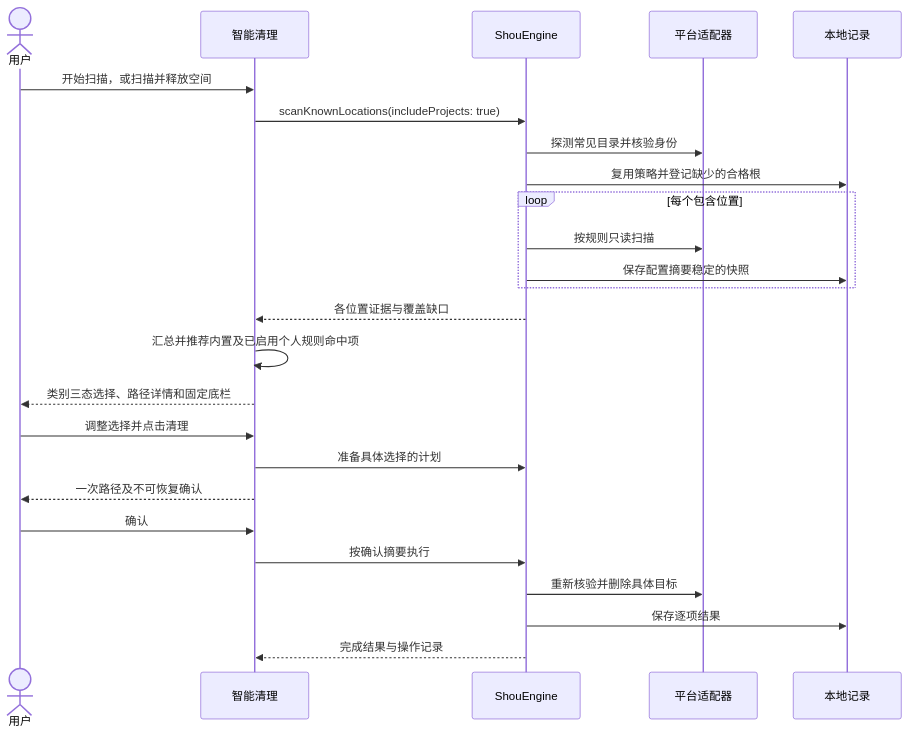
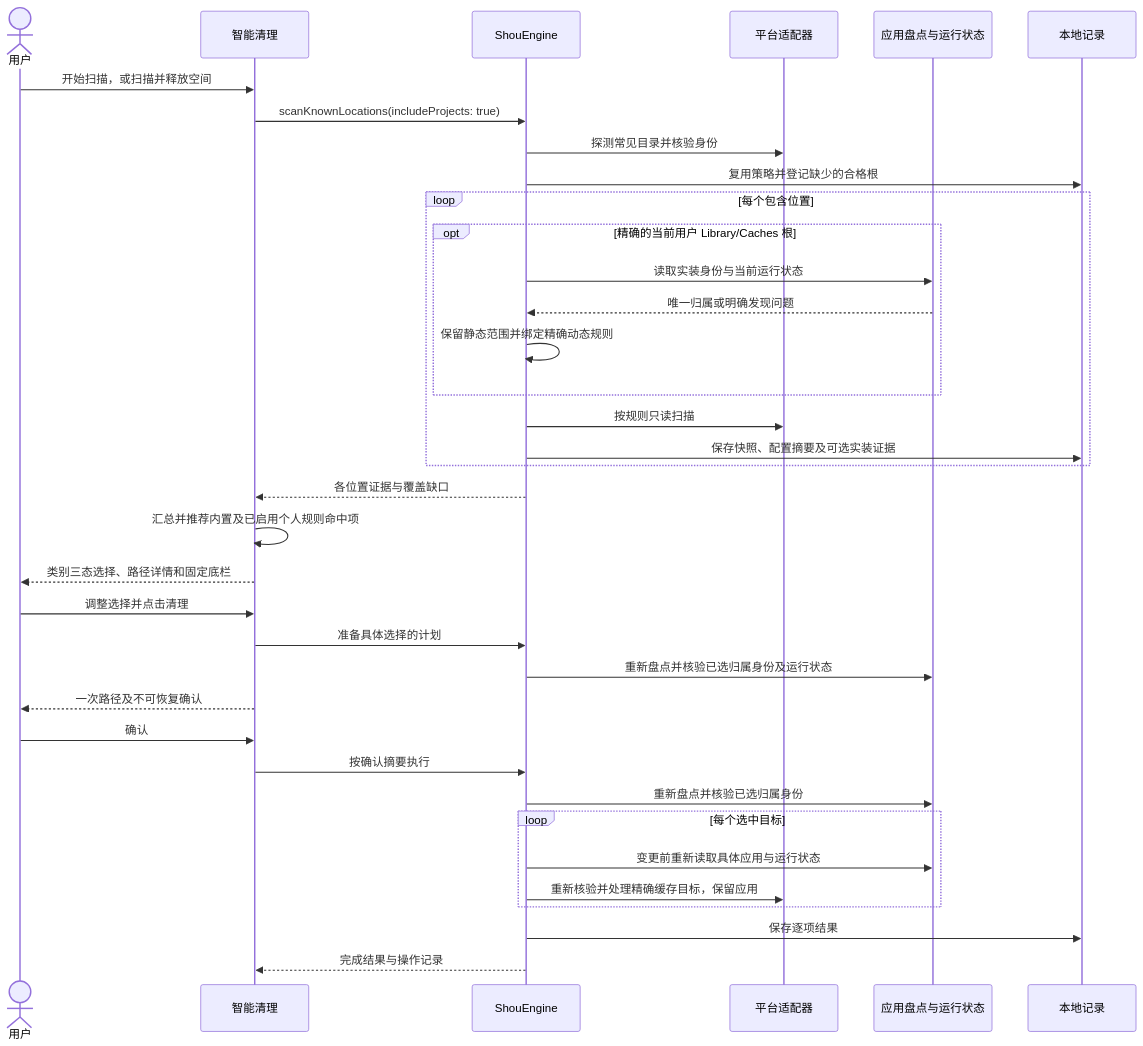
Before and after one commit to limecloud/shou: the third of 3 diagrams in docs/zh-CN/product/unified-cleanup.md, drawn with Mermaid. The commit also changed other lines of this file and 18 other files, not shown here.

````diff
--- a/docs/zh-CN/product/unified-cleanup.md
+++ b/docs/zh-CN/product/unified-cleanup.md
@@ -70,27 +85,38 @@
 ```mermaid
 sequenceDiagram
   actor User as 用户
   participant UI as 智能清理
   participant Engine as ShouEngine
   participant FS as 平台适配器
+  participant Apps as 应用盘点与运行状态
   participant Store as 本地记录
   User->>UI: 开始扫描，或扫描并释放空间
   UI->>Engine: scanKnownLocations(includeProjects: true)
   Engine->>FS: 探测常见目录并核验身份
   Engine->>Store: 复用策略并登记缺少的合格根
   loop 每个包含位置
+    opt 精确的当前用户 Library/Caches 根
+      Engine->>Apps: 读取实装身份与当前运行状态
+      Apps-->>Engine: 唯一归属或明确发现问题
+      Engine->>Engine: 保留静态范围并绑定精确动态规则
+    end
     Engine->>FS: 按规则只读扫描
-    Engine->>Store: 保存配置摘要稳定的快照
+    Engine->>Store: 保存快照、配置摘要及可选实装证据
   end
   Engine-->>UI: 各位置证据与覆盖缺口
   UI->>UI: 汇总并推荐内置及已启用个人规则命中项
   UI-->>User: 类别三态选择、路径详情和固定底栏
   User->>UI: 调整选择并点击清理
   UI->>Engine: 准备具体选择的计划
+  Engine->>Apps: 重新盘点并核验已选归属身份及运行状态
   UI-->>User: 一次路径及不可恢复确认
   User->>UI: 确认
   UI->>Engine: 按确认摘要执行
-  Engine->>FS: 重新核验并删除具体目标
+  Engine->>Apps: 重新盘点并核验已选归属身份
+  loop 每个选中目标
+    Engine->>Apps: 变更前重新读取具体应用与运行状态
+    Engine->>FS: 重新核验并处理精确缓存目标，保留应用
+  end
   Engine->>Store: 保存逐项结果
   Engine-->>UI: 完成结果与操作记录
 ```
````
